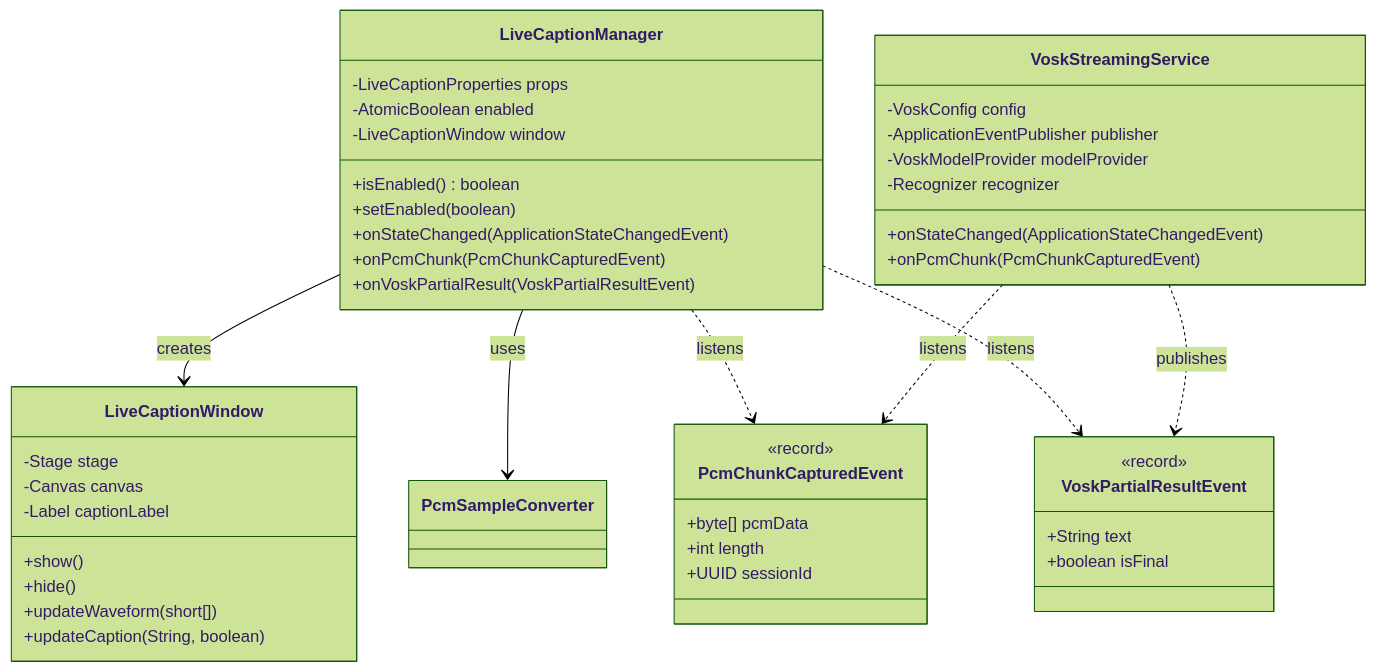
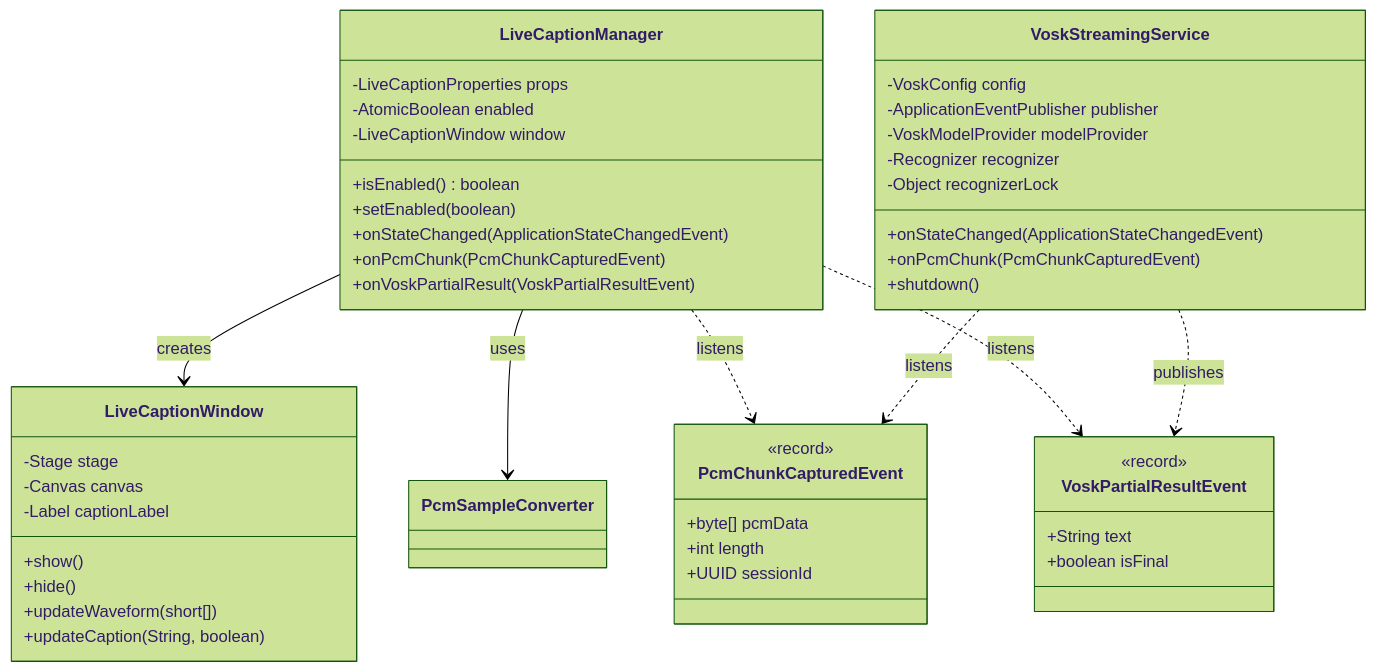
The fifth of 9 diagrams in docs/diagrams/class-dependencies.md (phillippitts/blckvox), drawn with Mermaid (forest theme) before and after one commit. The commit also changed other lines of this file and 18 other files, not shown here.

````diff
--- a/docs/diagrams/class-dependencies.md
+++ b/docs/diagrams/class-dependencies.md
@@ -212,52 +212,54 @@
 ```mermaid
 classDiagram
     class LiveCaptionManager {
         -LiveCaptionProperties props
         -AtomicBoolean enabled
         -LiveCaptionWindow window
         +isEnabled() boolean
         +setEnabled(boolean)
         +onStateChanged(ApplicationStateChangedEvent)
         +onPcmChunk(PcmChunkCapturedEvent)
         +onVoskPartialResult(VoskPartialResultEvent)
     }
 
     class LiveCaptionWindow {
         -Stage stage
         -Canvas canvas
         -Label captionLabel
         +show()
         +hide()
         +updateWaveform(short[])
         +updateCaption(String, boolean)
     }
 
     class VoskStreamingService {
         -VoskConfig config
         -ApplicationEventPublisher publisher
         -VoskModelProvider modelProvider
         -Recognizer recognizer
+        -Object recognizerLock
         +onStateChanged(ApplicationStateChangedEvent)
         +onPcmChunk(PcmChunkCapturedEvent)
+        +shutdown()
     }
 
     class PcmChunkCapturedEvent {
         <<record>>
         +byte[] pcmData
         +int length
         +UUID sessionId
     }
 
     class VoskPartialResultEvent {
         <<record>>
         +String text
         +boolean isFinal
     }
 
     LiveCaptionManager --> LiveCaptionWindow : creates
     LiveCaptionManager --> PcmSampleConverter : uses
     LiveCaptionManager ..> PcmChunkCapturedEvent : listens
     LiveCaptionManager ..> VoskPartialResultEvent : listens
     VoskStreamingService ..> PcmChunkCapturedEvent : listens
     VoskStreamingService ..> VoskPartialResultEvent : publishes
 ```
````
